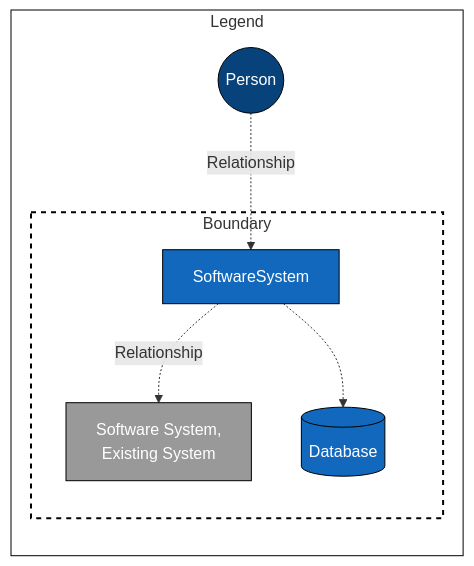
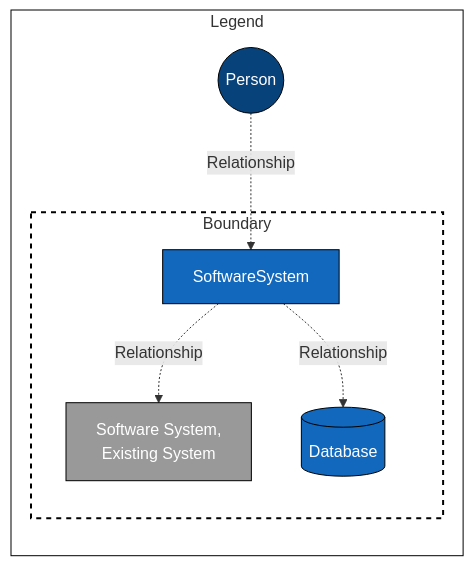
Before and after one commit to sebastian-bergt/c4model_mermaid: the second of 2 diagrams in README.md, drawn with Mermaid.

Commit message:
Update README.md
updated database relationship

````diff
--- a/README.md
+++ b/README.md
@@ -38,28 +38,28 @@
 ```mermaid
 graph LR
     %% C4 style classes c4model.com %%
     classDef person fill:#08427b,stroke:#000,color:#FFF;
     classDef container fill:#1168bd,stroke:#000,color:#FFF;
     classDef database fill:#1168bd,stroke:#000,color:#FFF;
     classDef existing fill:#999999,stroke:#000,color:#FFF;
     classDef boundary fill:#FFF,stroke:#000,stroke-width:2px,stroke-dasharray: 5 5;
     classDef frame fill:#FFF,stroke:#000
 
     %% nodes %%
     Person((Person)):::person
     SoftwareSystem:::container
     ExistingSystem["Software System,<br>Existing System"]:::existing
     Database[(Database)]:::database
 
     %% connections and boundaries %%
     
     subgraph Legend
         Person-.->|Relationship| SoftwareSystem
         subgraph Boundary
             SoftwareSystem-.->|Relationship| ExistingSystem
-            SoftwareSystem-.->Database
+            SoftwareSystem-.->|Relationship| Database
         end
         class Boundary boundary
     end
     class Legend frame
 ```
````
